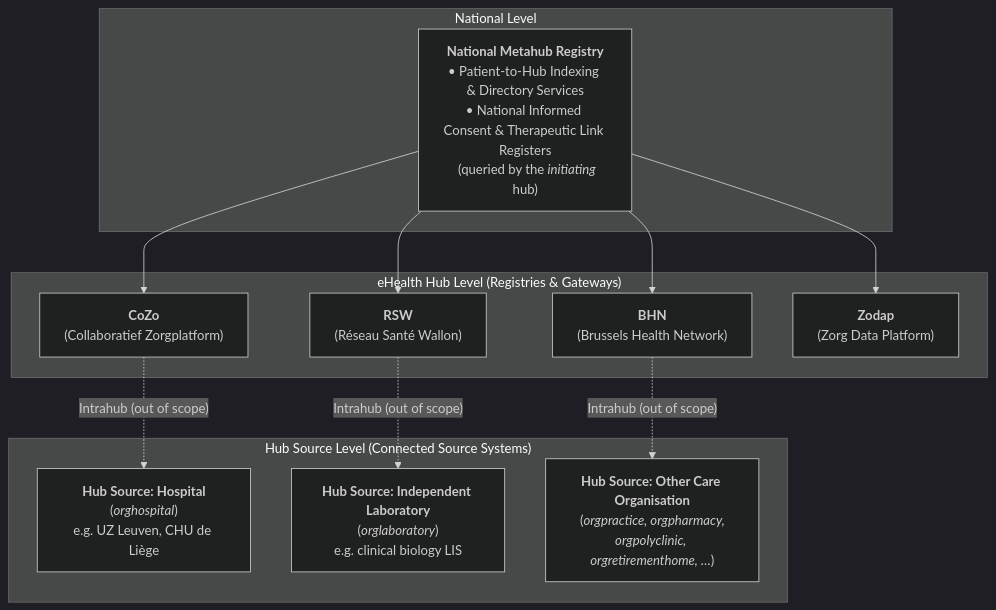
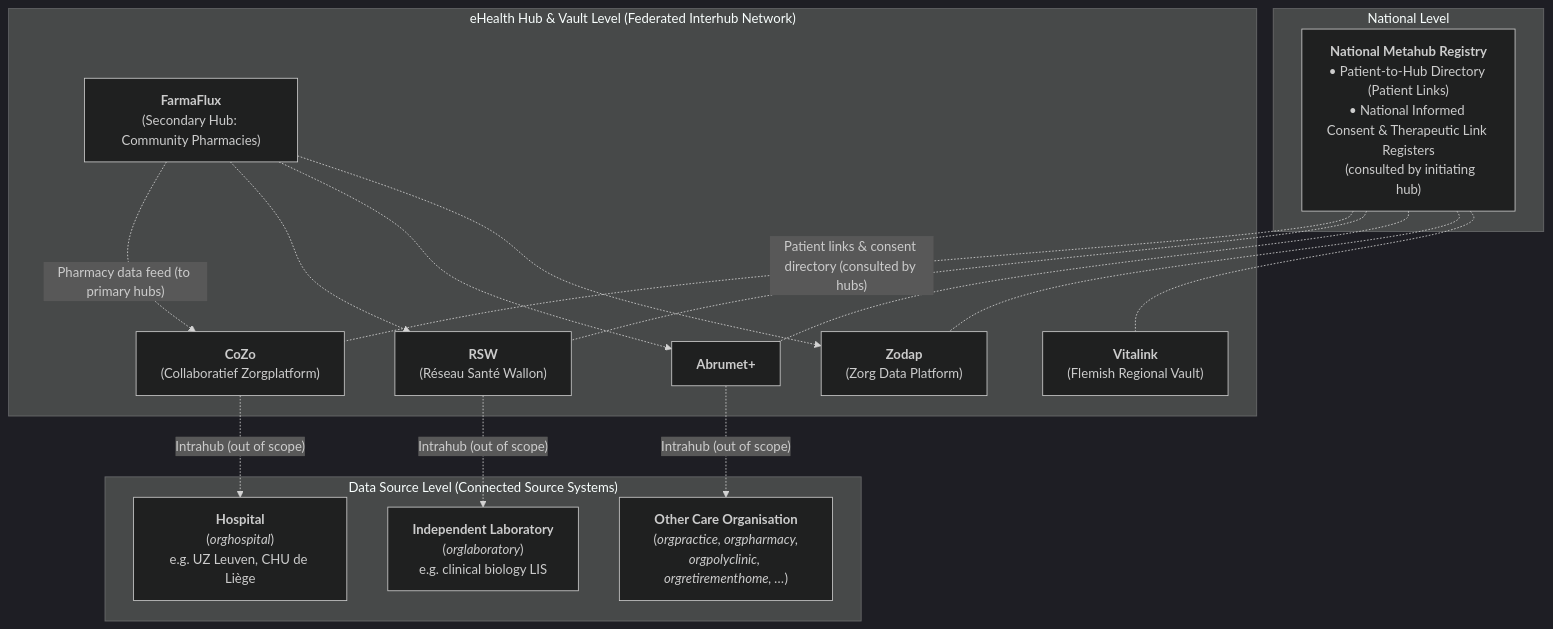
One commit to nhermab/fhir-ehealthhub-simulator-viewer changed the first of 3 diagrams in public/ig/architecture.md. Above: the diagram before and after it, drawn with Mermaid (dark theme). The commit also changed other lines of this file and 35 other files, not shown here.

````diff
--- a/public/ig/architecture.md
+++ b/public/ig/architecture.md
@@ -31,28 +66,36 @@
 ```mermaid
 flowchart TD
     subgraph MetahubLayer["National Level"]
-        Metahub["<b>National Metahub Registry</b><br/>• Patient-to-Hub Indexing & Directory Services<br/>• National Informed Consent & Therapeutic Link Registers<br/>&nbsp;&nbsp;(queried by the <i>initiating</i> hub)"]
+        Metahub["<b>National Metahub Registry</b><br/>• Patient-to-Hub Directory (Patient Links)<br/>• National Informed Consent & Therapeutic Link Registers<br/>&nbsp;&nbsp;(consulted by initiating hub)"]
     end
 
-    subgraph RegionalLayer["eHealth Hub Level (Registries & Gateways)"]
+    subgraph RegionalLayer["eHealth Hub & Vault Level (Federated Interhub Network)"]
         CoZo["<b>CoZo</b><br/>(Collaboratief Zorgplatform)"]
         RSW["<b>RSW</b><br/>(Réseau Santé Wallon)"]
-        BHN["<b>BHN</b><br/>(Brussels Health Network)"]
+        Abrumet["<b>Abrumet+</b>"]
         Zodap["<b>Zodap</b><br/>(Zorg Data Platform)"]
+        Vitalink["<b>Vitalink</b><br/>(Flemish Regional Vault)"]
+        FarmaFlux["<b>FarmaFlux</b><br/>(Secondary Hub: Community Pharmacies)"]
     end
 
-    subgraph LocalLayer["Hub Source Level (Connected Source Systems)"]
-        SrcHosp["<b>Hub Source: Hospital</b><br/>(<i>orghospital</i>)<br/>e.g. UZ Leuven, CHU de Liège"]
-        SrcLab["<b>Hub Source: Independent Laboratory</b><br/>(<i>orglaboratory</i>)<br/>e.g. clinical biology LIS"]
-        SrcOther["<b>Hub Source: Other Care Organisation</b><br/>(<i>orgpractice, orgpharmacy,</i><br/><i>orgpolyclinic, orgretirementhome, …</i>)"]
+    subgraph LocalLayer["Data Source Level (Connected Source Systems)"]
+        SrcHosp["<b>Hospital</b><br/>(<i>orghospital</i>)<br/>e.g. UZ Leuven, CHU de Liège"]
+        SrcLab["<b>Independent Laboratory</b><br/>(<i>orglaboratory</i>)<br/>e.g. clinical biology LIS"]
+        SrcOther["<b>Other Care Organisation</b><br/>(<i>orgpractice, orgpharmacy,</i><br/><i>orgpolyclinic, orgretirementhome, …</i>)"]
     end
 
-    Metahub --> CoZo
-    Metahub --> RSW
-    Metahub --> BHN
-    Metahub --> Zodap
+    Metahub -.-|"Patient links & consent directory (consulted by hubs)"| CoZo
+    Metahub -.- RSW
+    Metahub -.- Abrumet
+    Metahub -.- Zodap
+    Metahub -.- Vitalink
+
+    FarmaFlux -.->|"Pharmacy data feed (to primary hubs)"| CoZo
+    FarmaFlux -.-> RSW
+    FarmaFlux -.-> Abrumet
+    FarmaFlux -.-> Zodap
 
     CoZo -.->|"Intrahub (out of scope)"| SrcHosp
     RSW -.->|"Intrahub (out of scope)"| SrcLab
-    BHN -.->|"Intrahub (out of scope)"| SrcOther
+    Abrumet -.->|"Intrahub (out of scope)"| SrcOther
 ```
````
